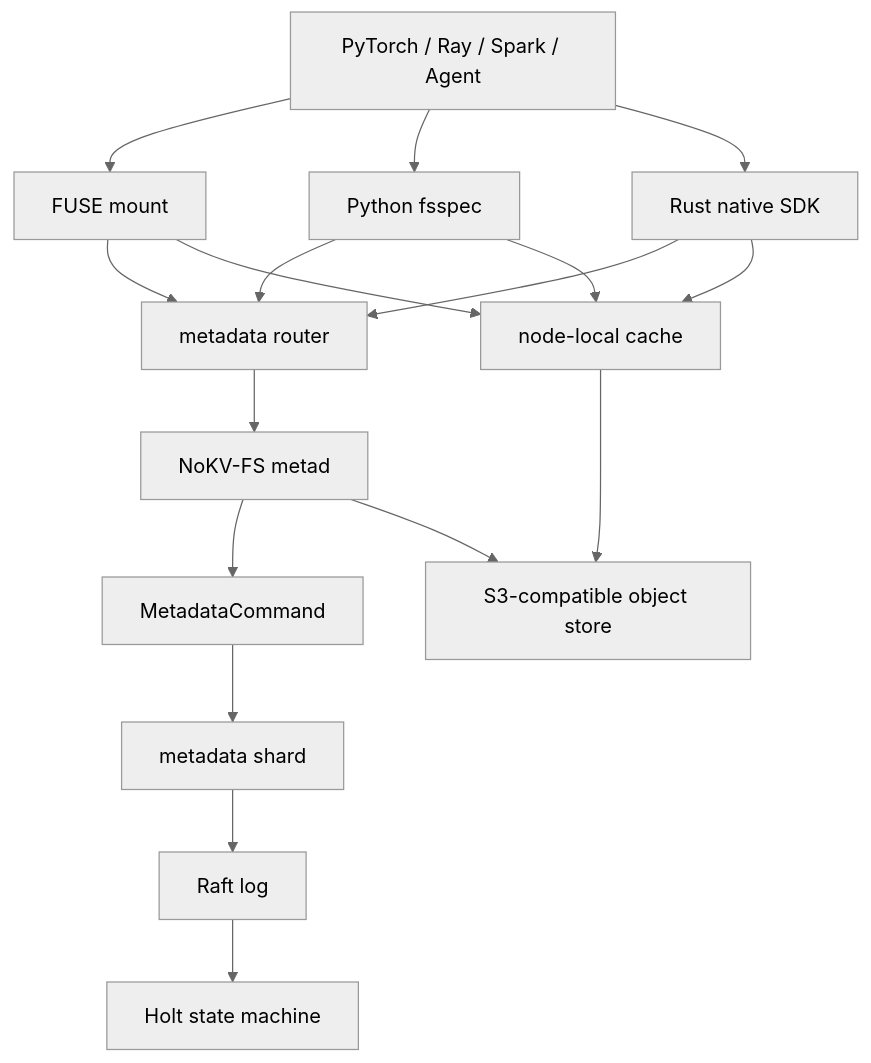
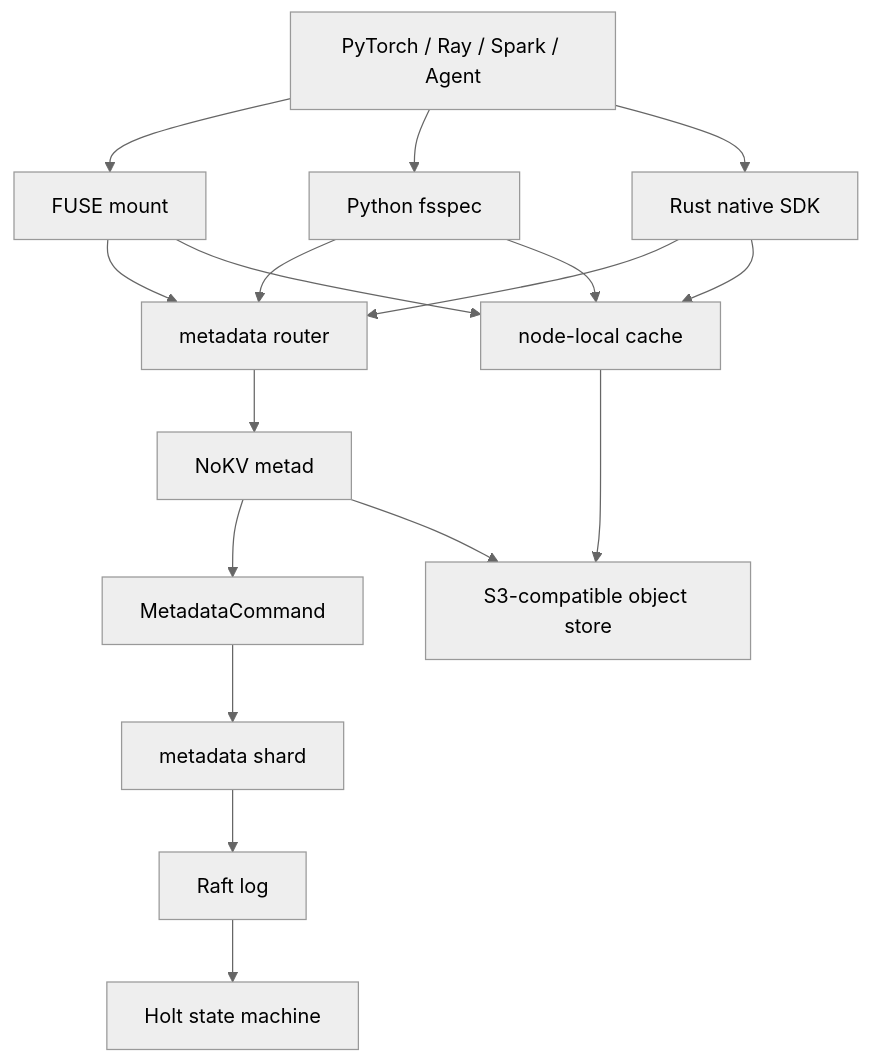
The diagram in docs/product-design.md (feichai0017/NoKV), drawn with Mermaid (neutral theme) before and after one commit. The commit also changed other lines of this file and 19 other files, not shown here.

````diff
--- a/docs/product-design.md
+++ b/docs/product-design.md
@@ -82,22 +82,22 @@
 ```mermaid
 flowchart TB
     App["PyTorch / Ray / Spark / Agent"] --> Fuse["FUSE mount"]
     App --> Python["Python fsspec"]
     App --> Rust["Rust native SDK"]
 
     Fuse --> Router["metadata router"]
     Python --> Router
     Rust --> Router
 
-    Router --> Metad["NoKV-FS metad"]
+    Router --> Metad["NoKV metad"]
     Metad --> Command["MetadataCommand"]
     Command --> Shard["metadata shard"]
     Shard --> Raft["Raft log"]
     Raft --> Holt["Holt state machine"]
 
     Fuse --> Cache["node-local cache"]
     Python --> Cache
     Rust --> Cache
     Cache --> Object["S3-compatible object store"]
     Metad --> Object
 ```
````
